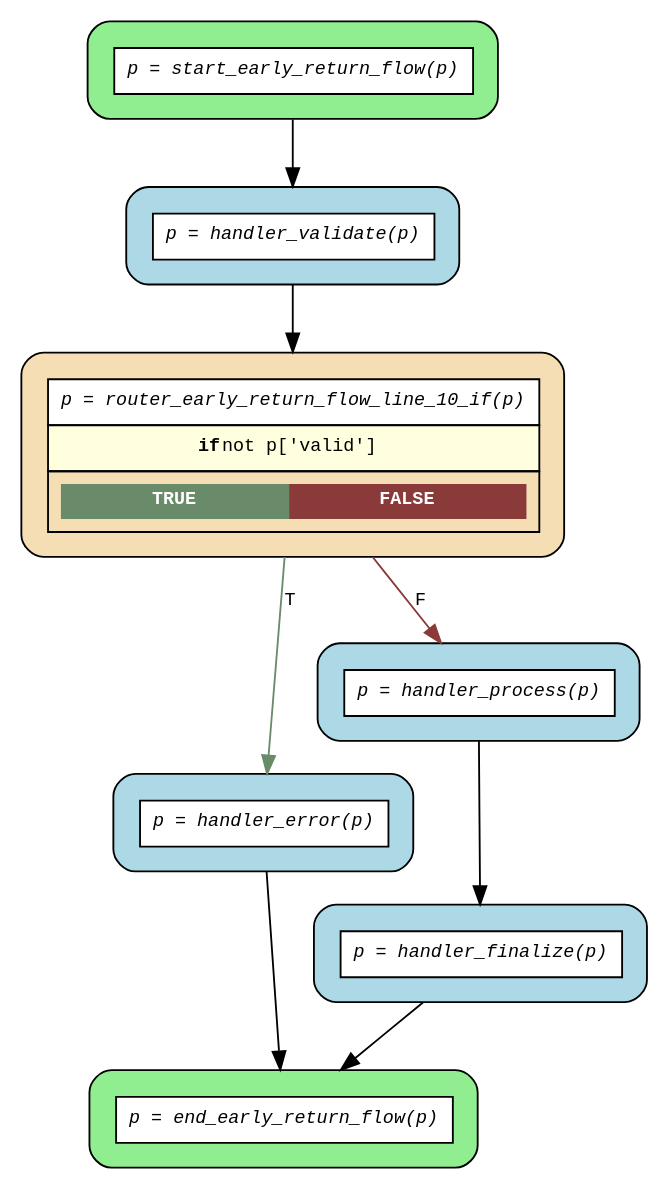
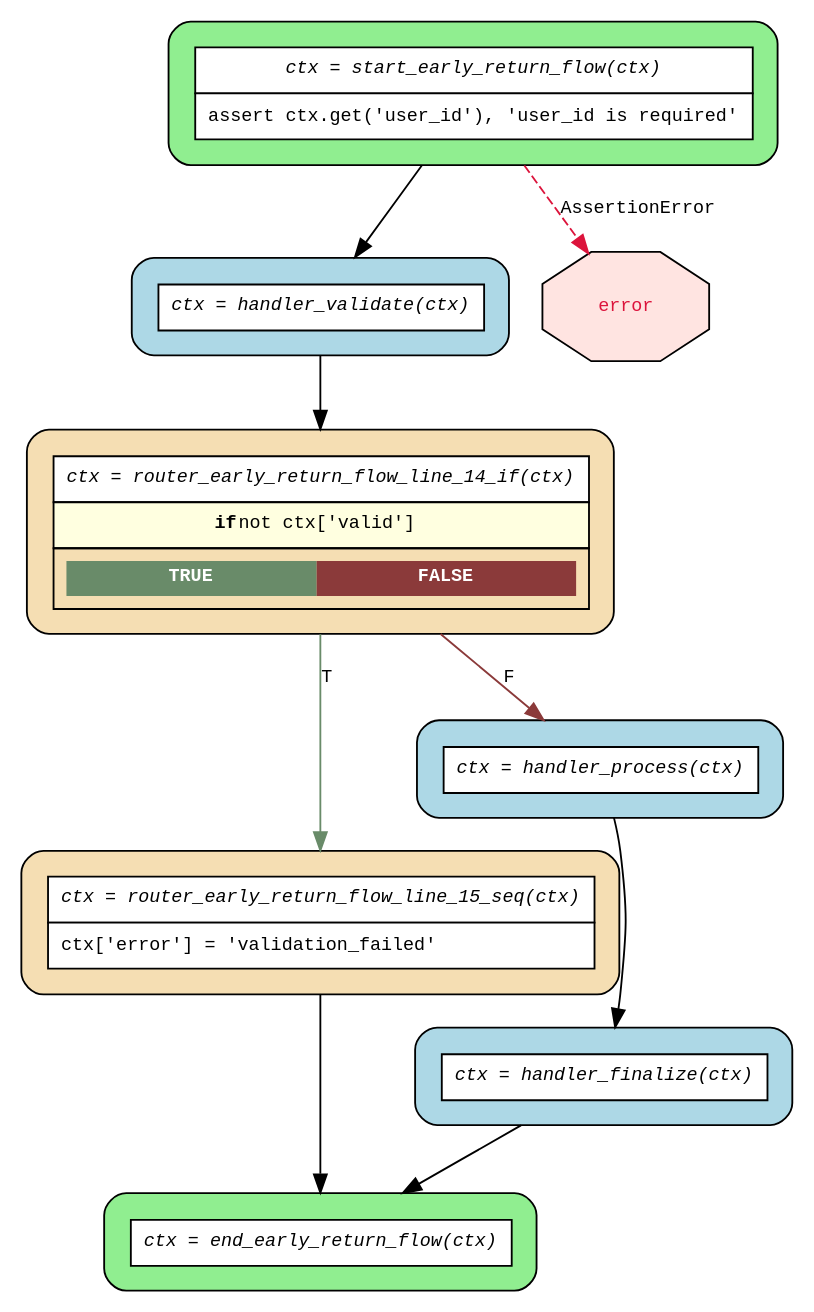
The diagram in examples/flows/compiled/if_with_early_return/flow.dot (mrhillsman-enterprise-ai/asya), drawn with Graphviz before and after one commit. The commit also changed 34 other files, not shown here.

First line of the commit message:
feat(flow): expand compiler syntax support and improve error messages (#243)

```diff
--- a/examples/flows/compiled/if_with_early_return/flow.dot
+++ b/examples/flows/compiled/if_with_early_return/flow.dot
@@ -1,22 +1,24 @@
 digraph flow {
   rankdir=TB;
   graph [fontname="Courier", fontsize=10];
   node [fontname="Courier", fontsize=10, shape=box, style="filled,rounded", margin="0.2"];
   edge [fontname="Courier", fontsize=10];
 
-  start_early_return_flow [fillcolor="lightgreen", group="main", label=<<table border="0" cellspacing="0" cellpadding="6" cellborder="1"><tr><td bgcolor="white" align="center"><i>p = start_early_return_flow(p)</i></td></tr></table>>];
-  router_early_return_flow_line_10_if [fillcolor="wheat", group="main", label=<<table border="0" cellspacing="0" cellpadding="6" cellborder="1"><tr><td bgcolor="white" align="center"><i>p = router_early_return_flow_line_10_if(p)</i></td></tr><tr><td bgcolor="lightyellow"><b>if</b> not p['valid']</td></tr><tr><td><table border="0" cellspacing="0" cellpadding="4"><tr><td bgcolor="darkseagreen4"><font color="white"><b>TRUE</b></font></td><td bgcolor="indianred4"><font color="white"><b>FALSE</b></font></td></tr></table></td></tr></table>>];
-  end_early_return_flow [fillcolor="lightgreen", group="main", label=<<table border="0" cellspacing="0" cellpadding="6" cellborder="1"><tr><td bgcolor="white" align="center"><i>p = end_early_return_flow(p)</i></td></tr></table>>];
-  handler_error [fillcolor="lightblue", label=<<table border="0" cellspacing="0" cellpadding="6" cellborder="1"><tr><td bgcolor="white" align="center"><i>p = handler_error(p)</i></td></tr></table>>];
-  handler_finalize [fillcolor="lightblue", label=<<table border="0" cellspacing="0" cellpadding="6" cellborder="1"><tr><td bgcolor="white" align="center"><i>p = handler_finalize(p)</i></td></tr></table>>];
-  handler_process [fillcolor="lightblue", label=<<table border="0" cellspacing="0" cellpadding="6" cellborder="1"><tr><td bgcolor="white" align="center"><i>p = handler_process(p)</i></td></tr></table>>];
-  handler_validate [fillcolor="lightblue", label=<<table border="0" cellspacing="0" cellpadding="6" cellborder="1"><tr><td bgcolor="white" align="center"><i>p = handler_validate(p)</i></td></tr></table>>];
+  start_early_return_flow [fillcolor="lightgreen", group="main", label=<<table border="0" cellspacing="0" cellpadding="6" cellborder="1"><tr><td bgcolor="white" align="center"><i>ctx = start_early_return_flow(ctx)</i></td></tr><tr><td bgcolor="white" align="left">assert ctx.get('user_id'), 'user_id is required'</td></tr></table>>];
+  router_early_return_flow_line_15_seq [fillcolor="wheat", group="main", label=<<table border="0" cellspacing="0" cellpadding="6" cellborder="1"><tr><td bgcolor="white" align="center"><i>ctx = router_early_return_flow_line_15_seq(ctx)</i></td></tr><tr><td bgcolor="white" align="left">ctx['error'] = 'validation_failed'</td></tr></table>>];
+  router_early_return_flow_line_14_if [fillcolor="wheat", group="main", label=<<table border="0" cellspacing="0" cellpadding="6" cellborder="1"><tr><td bgcolor="white" align="center"><i>ctx = router_early_return_flow_line_14_if(ctx)</i></td></tr><tr><td bgcolor="lightyellow"><b>if</b> not ctx['valid']</td></tr><tr><td><table border="0" cellspacing="0" cellpadding="4"><tr><td bgcolor="darkseagreen4"><font color="white"><b>TRUE</b></font></td><td bgcolor="indianred4"><font color="white"><b>FALSE</b></font></td></tr></table></td></tr></table>>];
+  end_early_return_flow [fillcolor="lightgreen", group="main", label=<<table border="0" cellspacing="0" cellpadding="6" cellborder="1"><tr><td bgcolor="white" align="center"><i>ctx = end_early_return_flow(ctx)</i></td></tr></table>>];
+  handler_finalize [fillcolor="lightblue", label=<<table border="0" cellspacing="0" cellpadding="6" cellborder="1"><tr><td bgcolor="white" align="center"><i>ctx = handler_finalize(ctx)</i></td></tr></table>>];
+  handler_process [fillcolor="lightblue", label=<<table border="0" cellspacing="0" cellpadding="6" cellborder="1"><tr><td bgcolor="white" align="center"><i>ctx = handler_process(ctx)</i></td></tr></table>>];
+  handler_validate [fillcolor="lightblue", label=<<table border="0" cellspacing="0" cellpadding="6" cellborder="1"><tr><td bgcolor="white" align="center"><i>ctx = handler_validate(ctx)</i></td></tr></table>>];
+  assert_error [shape=octagon, fillcolor="mistyrose", fontcolor="crimson", style=filled, label="error"];
 
-  handler_error -> end_early_return_flow;
   handler_finalize -> end_early_return_flow;
   handler_process -> handler_finalize;
-  handler_validate -> router_early_return_flow_line_10_if;
-  router_early_return_flow_line_10_if -> handler_error [label="T", color=darkseagreen4];
-  router_early_return_flow_line_10_if -> handler_process [label="F", color=indianred4];
+  handler_validate -> router_early_return_flow_line_14_if;
+  router_early_return_flow_line_14_if -> handler_process [label="F", color=indianred4];
+  router_early_return_flow_line_14_if -> router_early_return_flow_line_15_seq [label="T", color=darkseagreen4];
+  router_early_return_flow_line_15_seq -> end_early_return_flow;
+  start_early_return_flow -> assert_error [color=crimson, style=dashed, label="AssertionError"];
   start_early_return_flow -> handler_validate;
 }
```
